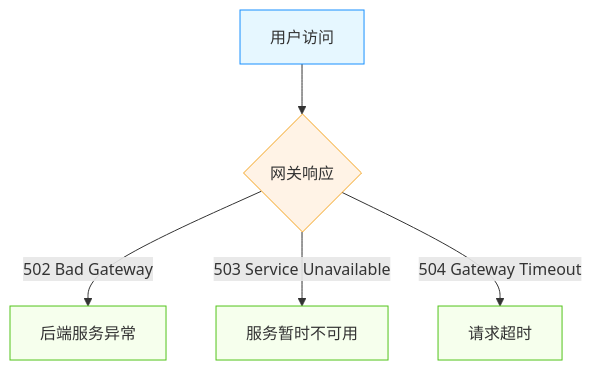
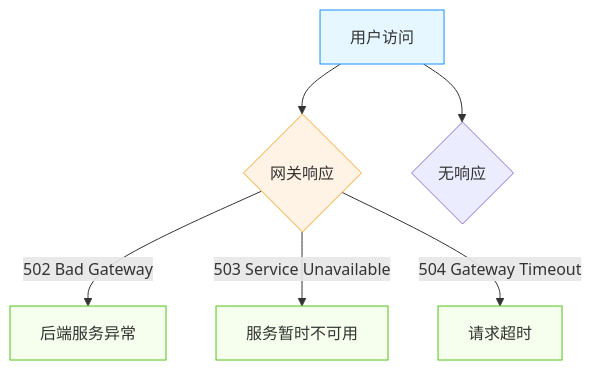
Before and after one commit to goodrain/rainbond-docs: the second of 2 diagrams in docs/troubleshooting/common.md, drawn with Mermaid. The commit also changed other lines of this file and 2 other files, not shown here.

````diff
--- a/docs/troubleshooting/common.md
+++ b/docs/troubleshooting/common.md
@@ -169,13 +169,14 @@
 ```mermaid
 flowchart TD
     A[用户访问] --> B{网关响应}
+    A[用户访问] --> B1{无响应}
     B -->|502 Bad Gateway| C[后端服务异常]
     B -->|503 Service Unavailable| D[服务暂时不可用]
     B -->|504 Gateway Timeout| E[请求超时]
     
     style A fill:#e6f7ff,stroke:#1890ff
     style B fill:#fff3e6,stroke:#f5a623
     style C fill:#f6ffed,stroke:#52c41a
     style D fill:#f6ffed,stroke:#52c41a
     style E fill:#f6ffed,stroke:#52c41a
 ```
````
